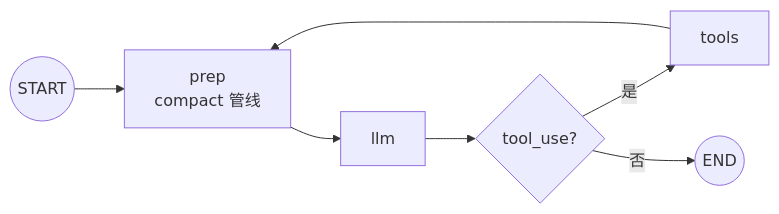
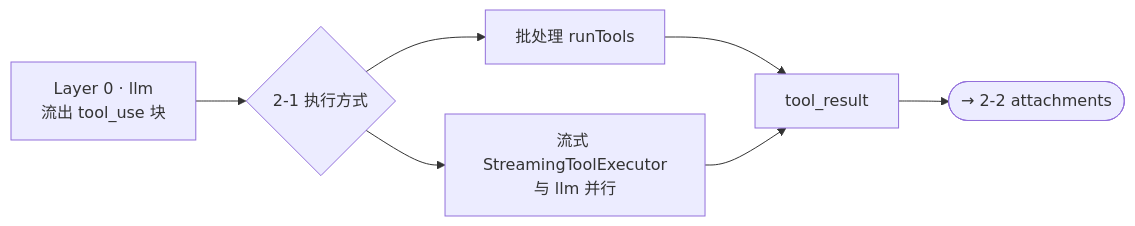
Before and after one commit to VirusPC/claude-code-best: the fifth of 8 diagrams in .shousui/notes/query-react-three-layers.md, drawn with Mermaid. The commit also changed other lines of this file, not shown here.

First line of the commit message:
docs: 重整 query 笔记图表与章节编号

````diff
--- a/.shousui/notes/query-react-three-layers.md
+++ b/.shousui/notes/query-react-three-layers.md
@@ -157,9 +282,9 @@
 ```mermaid
 flowchart LR
-  START((START)) --> prep["prep<br/>compact 管线"]
-  prep --> llm["llm"]
-  llm --> route{tool_use?}
-  route -->|是| tools["tools"]
-  route -->|否| END((END))
-  tools --> prep
+  LLM["Layer 0 · llm<br/>流出 tool_use 块"] --> MODE{"2-1 执行方式"}
+  MODE --> A["批处理 runTools"]
+  MODE --> B["流式 StreamingToolExecutor<br/>与 llm 并行"]
+  A --> RES["tool_result"]
+  B --> RES
+  RES --> NEXT(["→ 2-2 attachments"])
 ```
````
